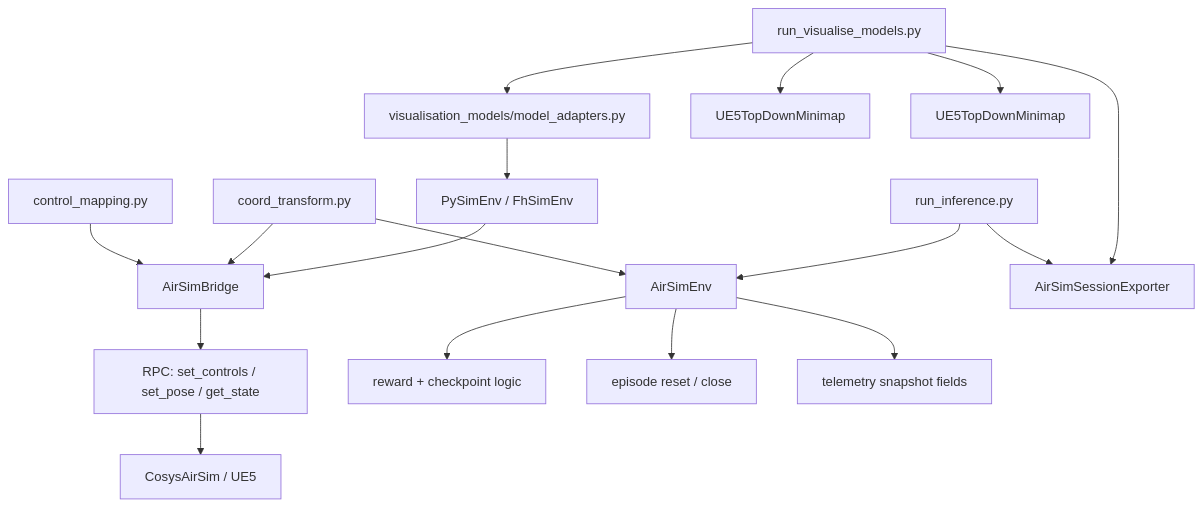
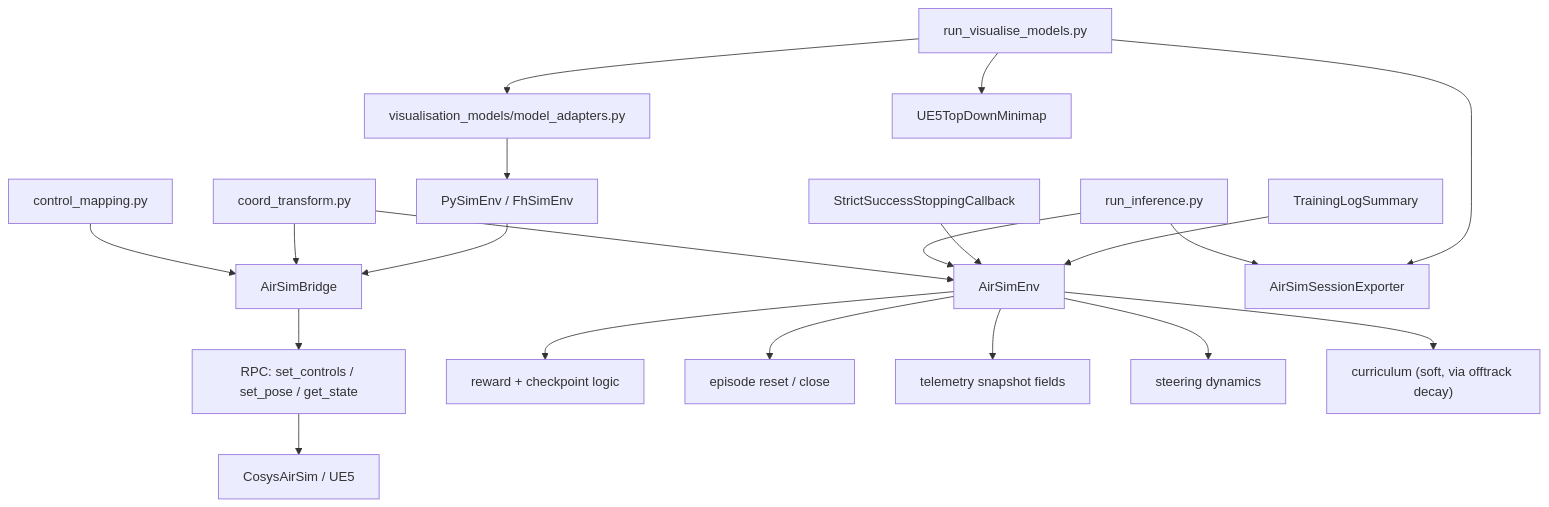
One commit to UAntwerpM4S/RudoLF changed the second of 2 diagrams in src/airsim/README.md. Above: the diagram before and after it, drawn with Mermaid. The commit also changed other lines of this file and 4 other files, not shown here.

````diff
--- a/src/airsim/README.md
+++ b/src/airsim/README.md
@@ -67,23 +67,27 @@
 ```mermaid
 flowchart TD
     A["AirSimBridge"] --> B["RPC: set_controls / set_pose / get_state"]
     B --> C["CosysAirSim / UE5"]
 
     D["control_mapping.py"] --> A
     E["coord_transform.py"] --> A
     E --> F["AirSimEnv"]
 
     F --> G["reward + checkpoint logic"]
     F --> H["episode reset / close"]
     F --> I["telemetry snapshot fields"]
+    F --> J["steering dynamics"]
+    F --> K["curriculum (soft, via offtrack decay)"]
 
-    J["run_inference.py"] --> F
-    K["run_visualise_models.py"] --> L["visualisation_models/model_adapters.py"]
-    L --> M["PySimEnv / FhSimEnv"]
-    M --> A
+    L["run_inference.py"] --> F
+    M["run_visualise_models.py"] --> N["visualisation_models/model_adapters.py"]
+    N --> O["PySimEnv / FhSimEnv"]
+    O --> A
 
-K --> N["UE5TopDownMinimap"]
-    K --> O["UE5TopDownMinimap"]
-    J --> P["AirSimSessionExporter"]
-    K --> P
+    M --> P["UE5TopDownMinimap"]
+    L --> Q["AirSimSessionExporter"]
+    M --> Q
+
+    R["StrictSuccessStoppingCallback"] --> F
+    S["TrainingLogSummary"] --> F
 ```
````
